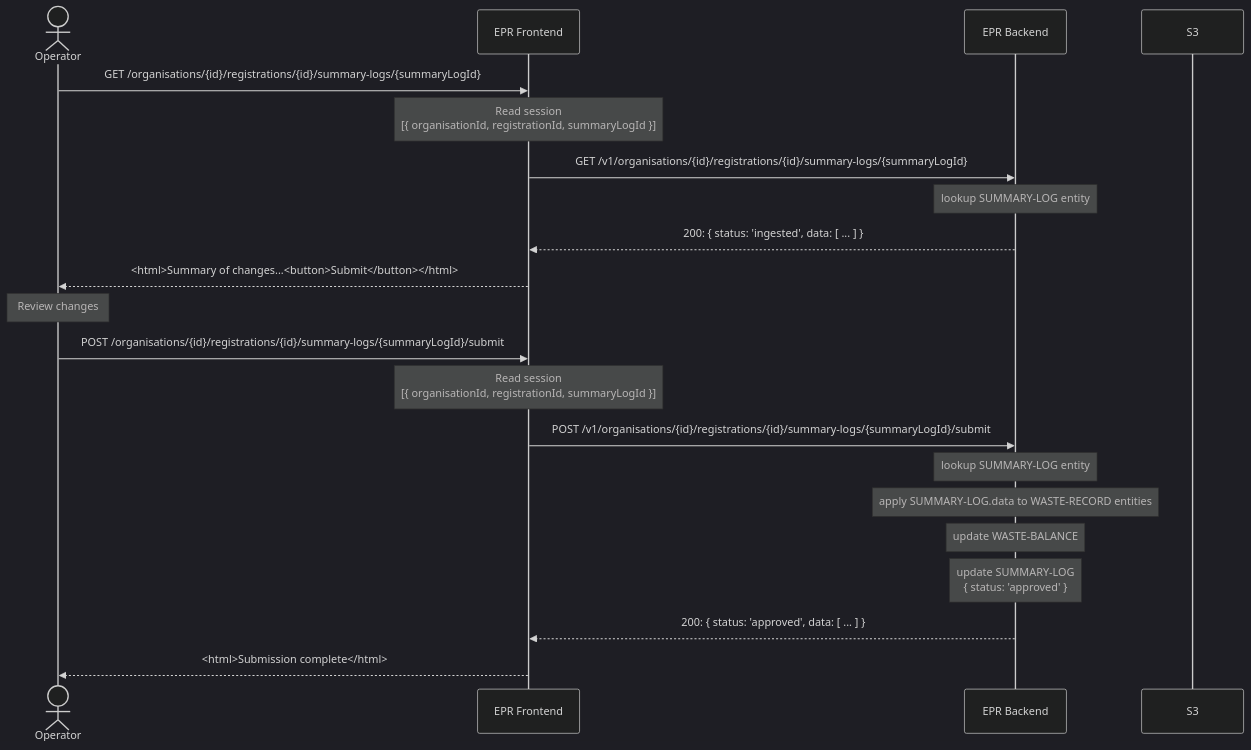
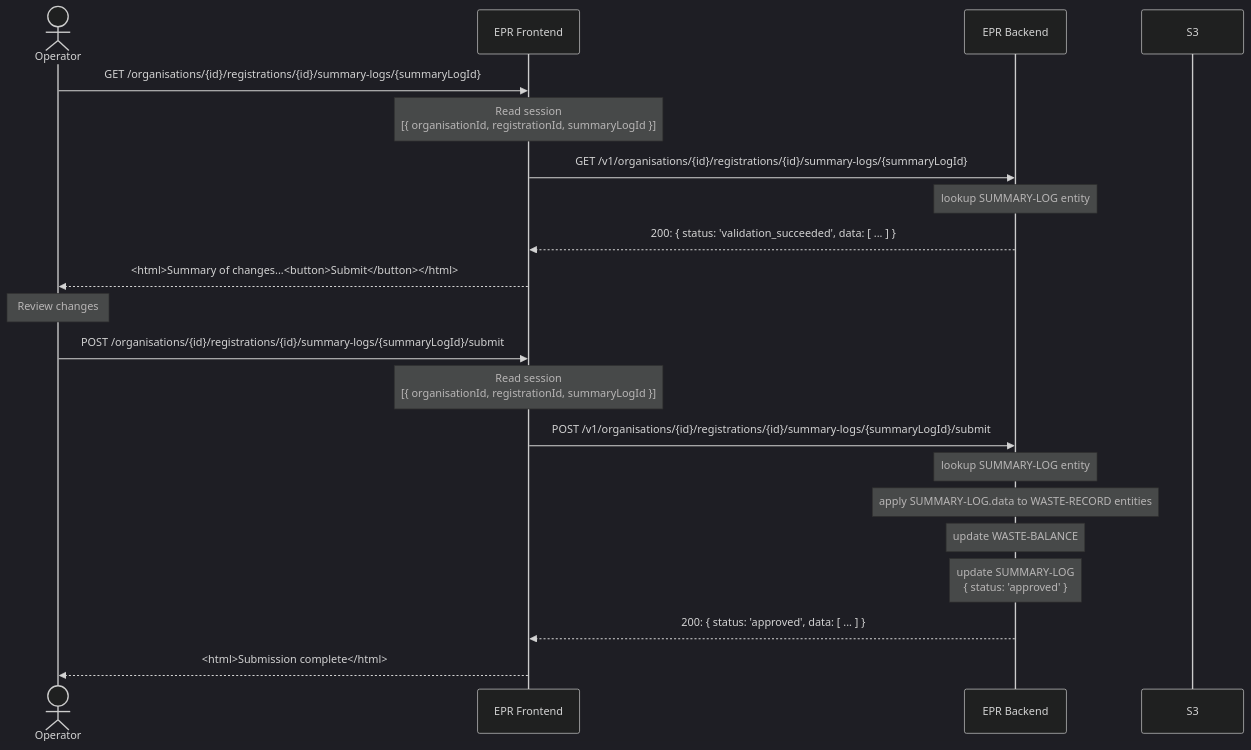
Before and after one commit to DEFRA/epr-backend: the third of 3 diagrams in docs/architecture/discovery/pepr-lld.md, drawn with Mermaid (dark theme). The commit also changed other lines of this file and 1 other file, not shown here.

````diff
--- a/docs/architecture/discovery/pepr-lld.md
+++ b/docs/architecture/discovery/pepr-lld.md
@@ -645,27 +645,27 @@
 ```mermaid
 sequenceDiagram
   actor Op as Operator
   participant Frontend as EPR Frontend
   participant Backend as EPR Backend
   participant S3
 
 
   Op->>Frontend: GET /organisations/{id}/registrations/{id}/summary-logs/{summaryLogId}
   Note over Frontend: Read session<br>[{ organisationId, registrationId, summaryLogId }]
   Frontend->>Backend: GET /v1/organisations/{id}/registrations/{id}/summary-logs/{summaryLogId}
   Note over Backend: lookup SUMMARY-LOG entity
-  Backend-->>Frontend: 200: { status: 'ingested', data: [ ... ] }
+  Backend-->>Frontend: 200: { status: 'validation_succeeded', data: [ ... ] }
   Frontend-->>Op: <html>Summary of changes...<button>Submit</button></html>
 
   Note over Op: Review changes
 
   Op->>Frontend: POST /organisations/{id}/registrations/{id}/summary-logs/{summaryLogId}/submit
   Note over Frontend: Read session<br>[{ organisationId, registrationId, summaryLogId }]
   Frontend->>Backend: POST /v1/organisations/{id}/registrations/{id}/summary-logs/{summaryLogId}/submit
   Note over Backend: lookup SUMMARY-LOG entity
   Note over Backend: apply SUMMARY-LOG.data to WASTE-RECORD entities
   Note over Backend: update WASTE-BALANCE
   Note over Backend: update SUMMARY-LOG<br>{ status: 'approved' }
   Backend-->>Frontend: 200: { status: 'approved', data: [ ... ] }
   Frontend-->>Op: <html>Submission complete</html>
 ```
````
